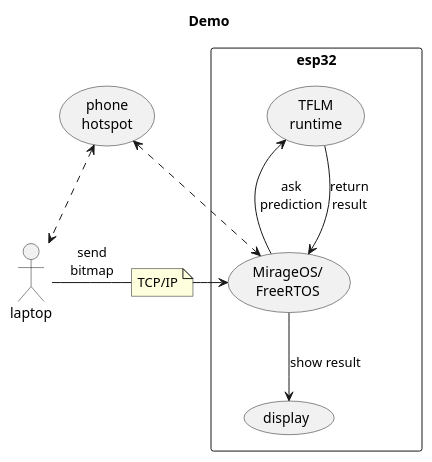
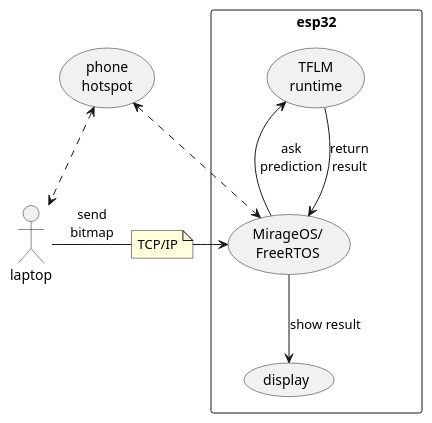
One commit to doyu/elc2019 changed the diagram in demo-uc.puml. Above: the diagram before and after it, drawn with PlantUML. The commit also changed 2 other files, not shown here.

```diff
--- a/demo-uc.puml
+++ b/demo-uc.puml
@@ -1,20 +1,20 @@
 @startuml
 skinparam pacakgeStyle rectangle
 actor laptop
-title Demo
+'title Demo
 
 note "TCP/IP" as tcpip
 
 
 (phone\nhotspot) <..> laptop
 
 rectangle esp32 {
         (phone\nhotspot) <..> (MirageOS/\nFreeRTOS)
         laptop -right- tcpip: "send\nbitmap"
         tcpip -right-> (MirageOS/\nFreeRTOS)
         (MirageOS/\nFreeRTOS) -up-> (TFLM\nruntime): "ask\nprediction"
         (TFLM\nruntime) -down-> (MirageOS/\nFreeRTOS): "return\nresult"
         (MirageOS/\nFreeRTOS) -down-> (display): "show result"
 }
 
 @enduml
```
